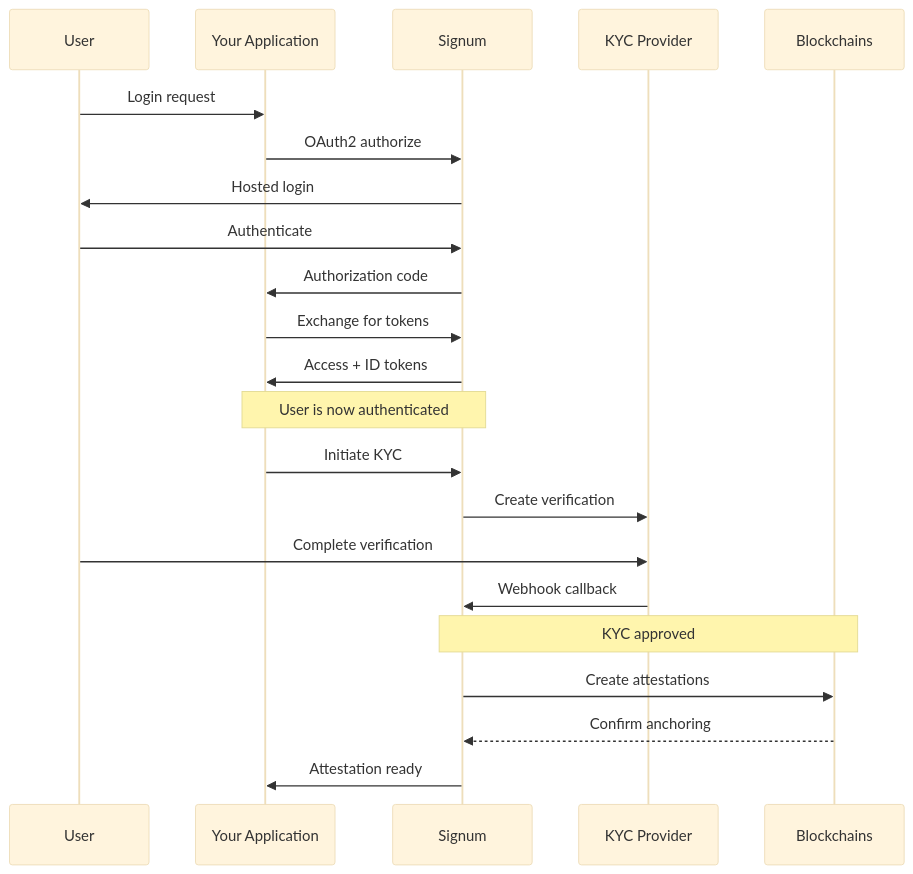
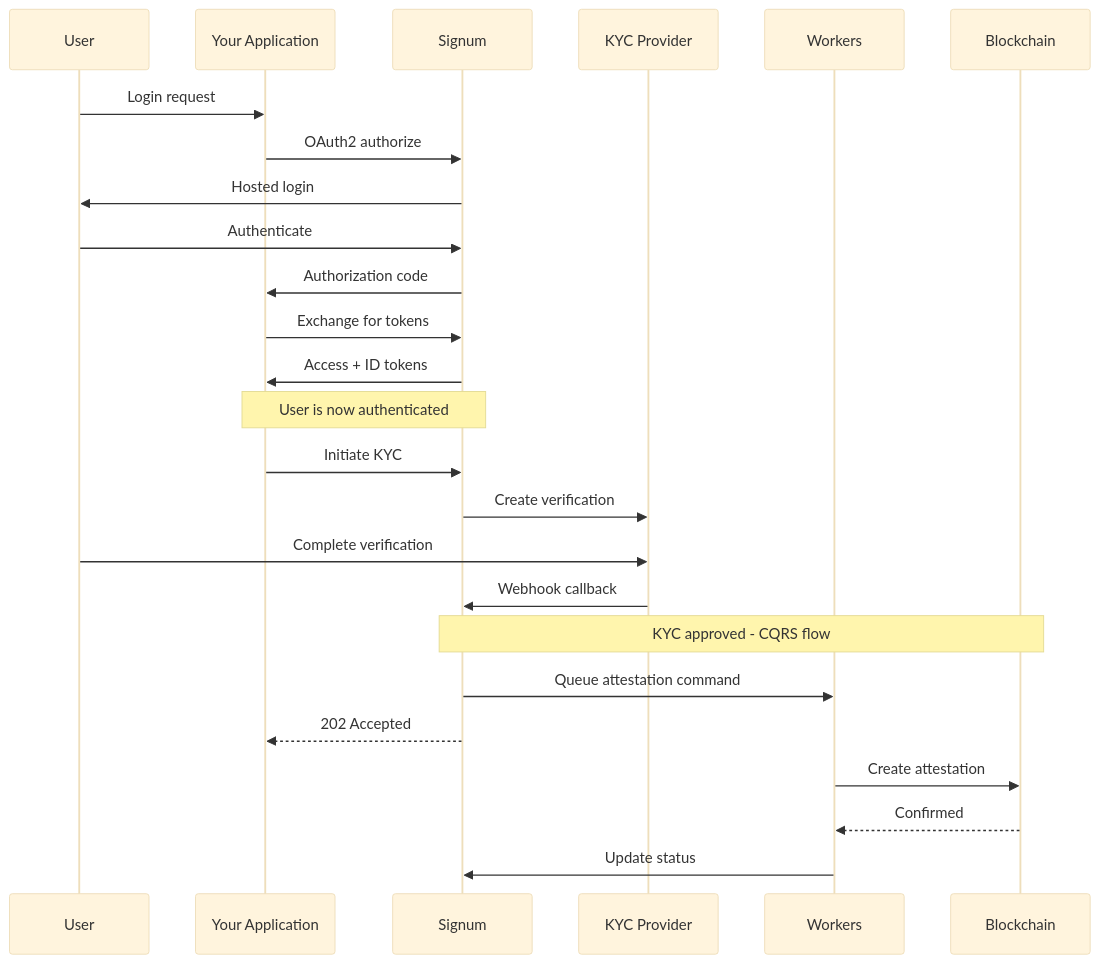
Before and after one commit to SignumIdentity/mintlify-docs: the second of 2 diagrams in introduction.mdx, drawn with Mermaid (base theme). The commit also changed other lines of this file and 12 other files, not shown here.

````diff
--- a/introduction.mdx
+++ b/introduction.mdx
@@ -44,29 +71,32 @@
 ```mermaid
 sequenceDiagram
     participant User
     participant App as Your Application
     participant Signum
     participant KYC as KYC Provider
-    participant Chains as Blockchains
+    participant Worker as Workers
+    participant Chain as Blockchain
 
     User->>App: Login request
     App->>Signum: OAuth2 authorize
     Signum->>User: Hosted login
     User->>Signum: Authenticate
     Signum->>App: Authorization code
     App->>Signum: Exchange for tokens
     Signum->>App: Access + ID tokens
     
     Note over App,Signum: User is now authenticated
     
     App->>Signum: Initiate KYC
     Signum->>KYC: Create verification
     User->>KYC: Complete verification
     KYC->>Signum: Webhook callback
     
-    Note over Signum,Chains: KYC approved
+    Note over Signum,Chain: KYC approved - CQRS flow
     
-    Signum->>Chains: Create attestations
-    Chains-->>Signum: Confirm anchoring
-    Signum->>App: Attestation ready
+    Signum->>Worker: Queue attestation command
+    Signum-->>App: 202 Accepted
+    Worker->>Chain: Create attestation
+    Chain-->>Worker: Confirmed
+    Worker->>Signum: Update status
 ```
````
